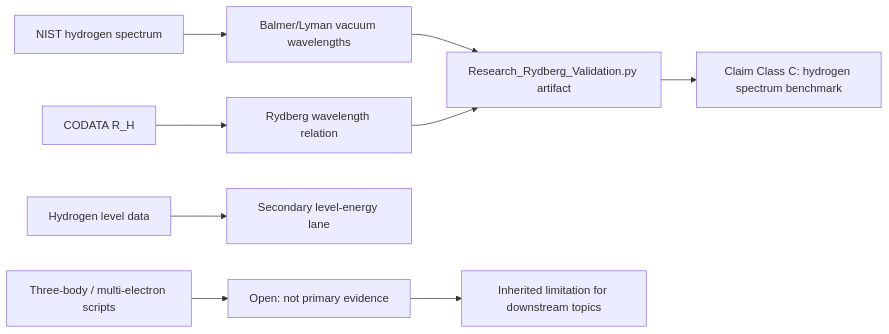
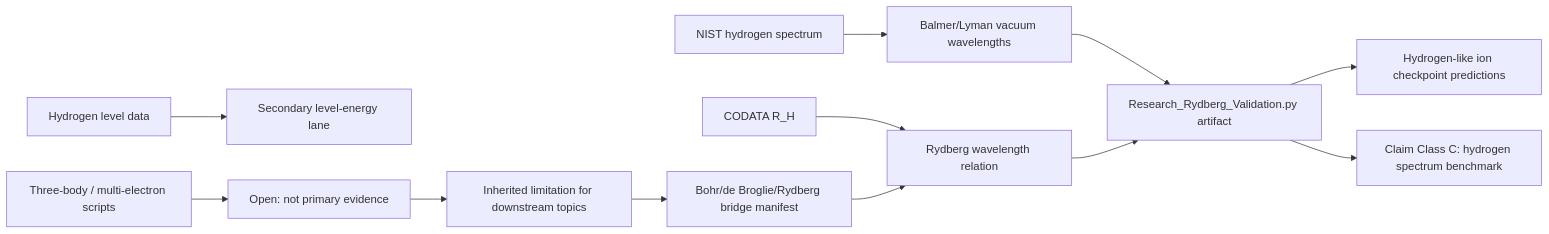
The diagram in docs/topics/0.20_Atomic_Physics/README.md (ellipszist/unityequilibriumtheory), drawn with Mermaid before and after one commit. The commit also changed other lines of this file and 12 other files, not shown here.

Commit message:
docs: add atomic formula bridge

````diff
--- a/docs/topics/0.20_Atomic_Physics/README.md
+++ b/docs/topics/0.20_Atomic_Physics/README.md
@@ -22,12 +22,15 @@
 ```mermaid
 flowchart LR
     nist["NIST hydrogen spectrum"] --> rows["Balmer/Lyman vacuum wavelengths"]
     codata["CODATA R_H"] --> formula["Rydberg wavelength relation"]
+    bridge["Bohr/de Broglie/Rydberg bridge manifest"] --> formula
+    deps["0.13 / 0.6 / 0.17 / 0.23 dependency roles"] --> bridge
     rows --> verifier["Research_Rydberg_Validation.py artifact"]
     formula --> verifier
+    verifier --> ions["Hydrogen-like ion checkpoint predictions"]
     verifier --> claim["Claim Class C: hydrogen spectrum benchmark"]
 
     levels["Hydrogen level data"] --> secondary["Secondary level-energy lane"]
     many["Three-body / multi-electron scripts"] --> open["Open: not primary evidence"]
     open --> deps["Inherited limitation for downstream topics"]
 ```
````
